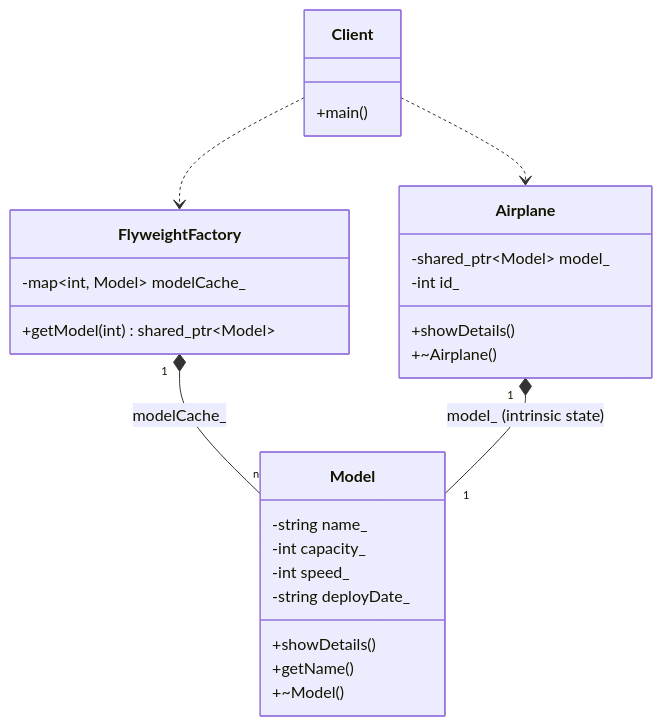
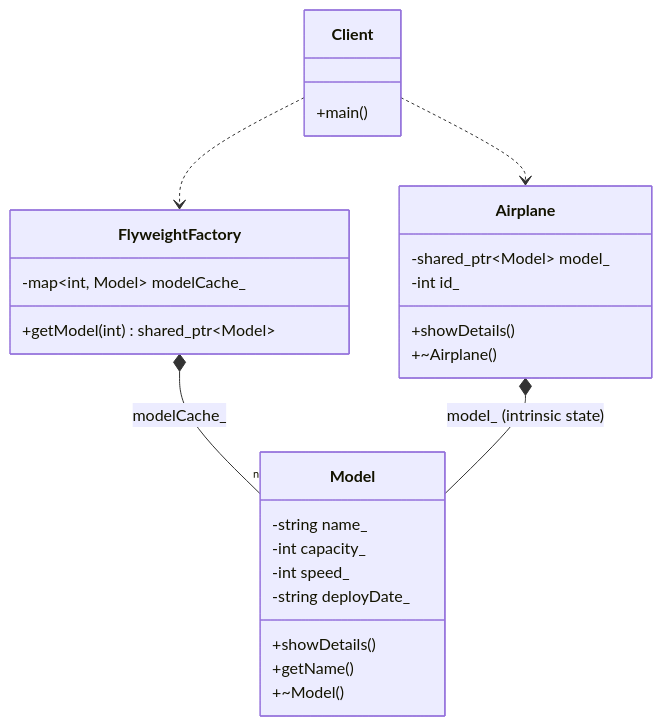
Before and after one commit to Cichlidfishexigency721/Modern-CPP-Design-Patterns: the diagram in 13_Flyweight/README.md, drawn with Mermaid. The commit also changed 22 other files, not shown here.

Commit message:
UML improvement

````diff
--- a/13_Flyweight/README.md
+++ b/13_Flyweight/README.md
@@ -46,38 +46,38 @@
 ```mermaid
 classDiagram
    class Model {
       -string name_
       -int capacity_
       -int speed_
       -string deployDate_
       +showDetails()
       +getName()
       +~Model()
    }
 
    class FlyweightFactory {
       -map~int, Model~ modelCache_
       +getModel(int) shared_ptr~Model~
    }
 
    class Airplane {
       -shared_ptr~Model~ model_
       -int id_
       +showDetails()
       +~Airplane()
    }
 
    class Client {
       +main()
    }
 
    %% The Factory owns and manages the pool of shared models
-   FlyweightFactory "1" *-- "n" Model : modelCache_
+   FlyweightFactory *-- "n" Model : modelCache_
 
    %% Many Airplanes share the same single Model instance
-   Airplane "1" *-- "1" Model : model_ (intrinsic state)
+   Airplane *-- Model : model_ (intrinsic state)
 
    %% Client interacts with the factory to get models and creates airplanes
    Client ..> FlyweightFactory
    Client ..> Airplane
 ```
````
